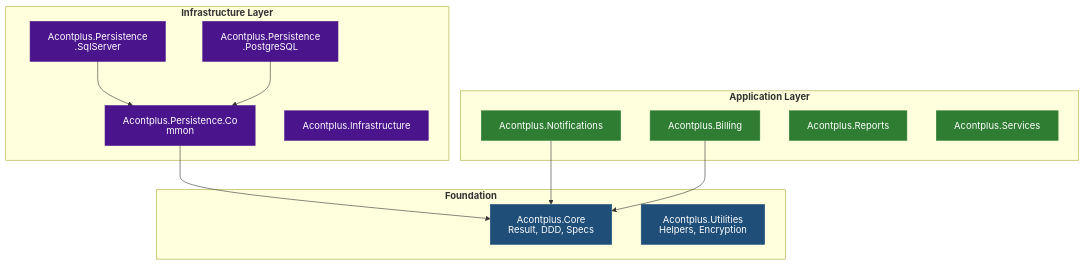
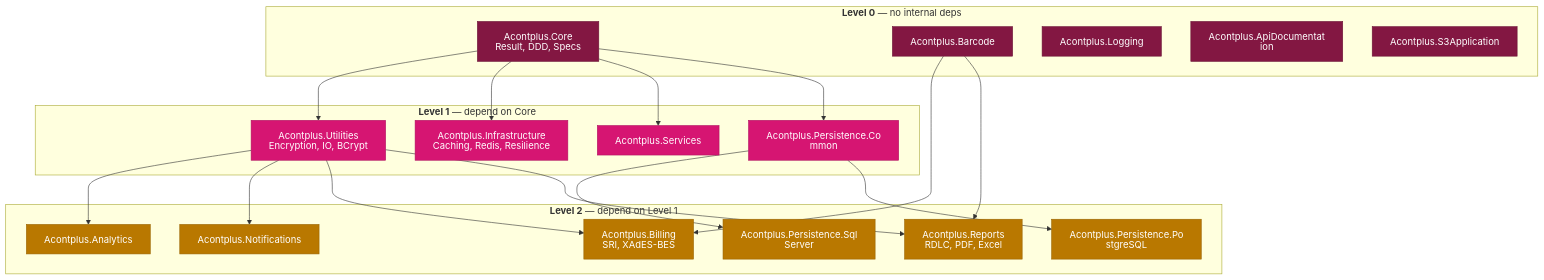
Before and after one commit to acontplus/acontplus-dotnet-libs: the first of 4 diagrams in .kiro/steering/workflow-architecture-diagram.md, drawn with Mermaid. The commit also changed other lines of this file and 14 other files, not shown here.

First line of the commit message:
docs(wiki): enhance architecture documentation and streamline CI/CD workflows (#170)

````diff
--- a/.kiro/steering/workflow-architecture-diagram.md
+++ b/.kiro/steering/workflow-architecture-diagram.md
@@ -66,43 +84,55 @@
 ```mermaid
 ---
 config:
   htmlLabels: false
 ---
 flowchart TD
-  subgraph infra["`**Infrastructure Layer**`"]
-    persistence_sql["`Acontplus.Persistence
-    .SqlServer`"]
-    persistence_pg["`Acontplus.Persistence
-    .PostgreSQL`"]
-    persistence_common[Acontplus.Persistence.Common]
-    infrastructure[Acontplus.Infrastructure]
+  subgraph l0["`**Level 0** — no internal deps`"]
+    Core["`Acontplus.Core
+    Result, DDD, Specs`"]
+    Barcode[Acontplus.Barcode]
+    Logging[Acontplus.Logging]
+    ApiDocs[Acontplus.ApiDocumentation]
+    S3[Acontplus.S3Application]
   end
 
-  subgraph app["`**Application Layer**`"]
-    notifications[Acontplus.Notifications]
-    billing[Acontplus.Billing]
-    reports[Acontplus.Reports]
-    services[Acontplus.Services]
+  subgraph l1["`**Level 1** — depend on Core`"]
+    Utilities["`Acontplus.Utilities
+    Encryption, IO, BCrypt`"]
+    Infrastructure["`Acontplus.Infrastructure
+    Caching, Redis, Resilience`"]
+    Services[Acontplus.Services]
+    PersCommon[Acontplus.Persistence.Common]
   end
 
-  subgraph foundation["`**Foundation**`"]
-    core["`Acontplus.Core
-    Result, DDD, Specs`"]
-    utilities["`Acontplus.Utilities
-    Helpers, Encryption`"]
+  subgraph l2["`**Level 2** — depend on Level 1`"]
+    Analytics[Acontplus.Analytics]
+    Notifications[Acontplus.Notifications]
+    Billing["`Acontplus.Billing
+    SRI, XAdES-BES`"]
+    Reports["`Acontplus.Reports
+    RDLC, PDF, Excel`"]
+    PersSQL[Acontplus.Persistence.SqlServer]
+    PersPG[Acontplus.Persistence.PostgreSQL]
   end
 
-  persistence_sql --> persistence_common
-  persistence_pg --> persistence_common
-  persistence_common --> core
-  notifications --> core
-  billing --> core
+  Core --> Utilities
+  Core --> Infrastructure
+  Core --> Services
+  Core --> PersCommon
+  Barcode --> Billing
+  Barcode --> Reports
+  Utilities --> Analytics
+  Utilities --> Notifications
+  Utilities --> Billing
+  Utilities --> Reports
+  PersCommon --> PersSQL
+  PersCommon --> PersPG
 
-  classDef foundation fill:#1f4e79,color:#fff,stroke:#1f4e79
-  classDef app fill:#2e7d32,color:#fff,stroke:#2e7d32
-  classDef infra fill:#4a148c,color:#fff,stroke:#4a148c
-
-  class core,utilities foundation
-  class notifications,billing,reports,services app
-  class persistence_sql,persistence_pg,persistence_common,infrastructure infra
+  classDef l0 fill:#831742,color:#fff,stroke:#6a1235
+  classDef l1 fill:#d61572,color:#fff,stroke:#b01260
+  classDef l2 fill:#b97800,color:#fff,stroke:#9a6400
+  class Core,Barcode,Logging,ApiDocs,S3 l0
+  class Utilities,Infrastructure,Services,PersCommon l1
+  class Analytics,Notifications,Billing,Reports,PersSQL,PersPG l2
 ```
````
